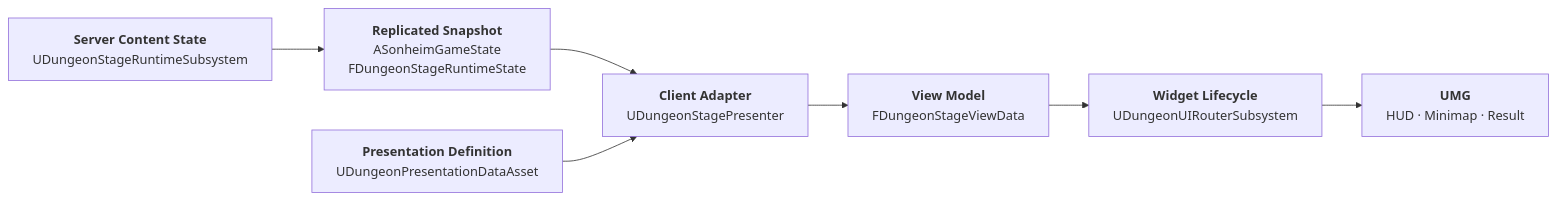
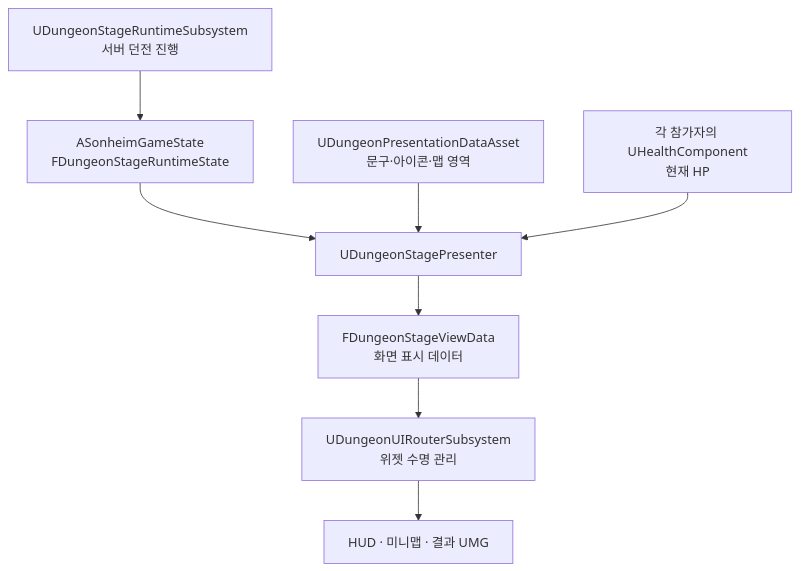
Before and after one commit to chungheonLee0325/Sonheim: the fourth of 4 diagrams in Doc/Wiki/11_Client_State_Presentation_Pipeline.md, drawn with Mermaid. The commit also changed other lines of this file, not shown here.

Commit message:
docs: align UI architecture with state flows, screen stack and dungeon presenter

```diff
--- a/Doc/Wiki/11_Client_State_Presentation_Pipeline.md
+++ b/Doc/Wiki/11_Client_State_Presentation_Pipeline.md
@@ -346,14 +265,10 @@
 ~~~mermaid
-flowchart LR
-    R["<b>Server Content State</b><br/>UDungeonStageRuntimeSubsystem"]
-    G["<b>Replicated Snapshot</b><br/>ASonheimGameState<br/>FDungeonStageRuntimeState"]
-    P["<b>Client Adapter</b><br/>UDungeonStagePresenter"]
-    D["<b>Presentation Definition</b><br/>UDungeonPresentationDataAsset"]
-    V["<b>View Model</b><br/>FDungeonStageViewData"]
-    U["<b>Widget Lifecycle</b><br/>UDungeonUIRouterSubsystem"]
-    W["<b>UMG</b><br/>HUD · Minimap · Result"]
-
-    R --> G --> P
-    D --> P
-    P --> V --> U --> W
+flowchart TB
+    SERVER["UDungeonStageRuntimeSubsystem<br/>서버 던전 진행"] --> STATE["ASonheimGameState<br/>FDungeonStageRuntimeState"]
+    STATE --> PRES["UDungeonStagePresenter"]
+    DEF["UDungeonPresentationDataAsset<br/>문구·아이콘·맵 영역"] --> PRES
+    HEALTH["각 참가자의 UHealthComponent<br/>현재 HP"] --> PRES
+    PRES --> VIEW["FDungeonStageViewData<br/>화면 표시 데이터"]
+    VIEW --> ROUTER["UDungeonUIRouterSubsystem<br/>위젯 수명 관리"]
+    ROUTER --> WIDGET["HUD · 미니맵 · 결과 UMG"]
 ~~~
```
